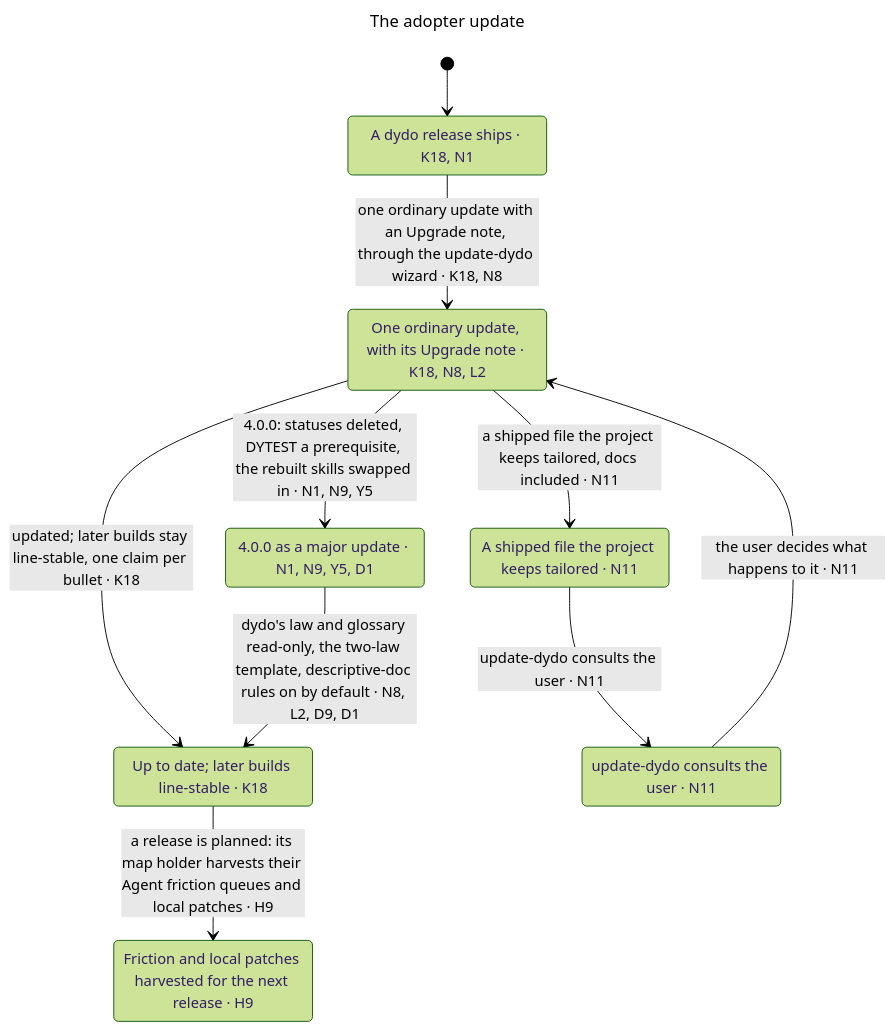
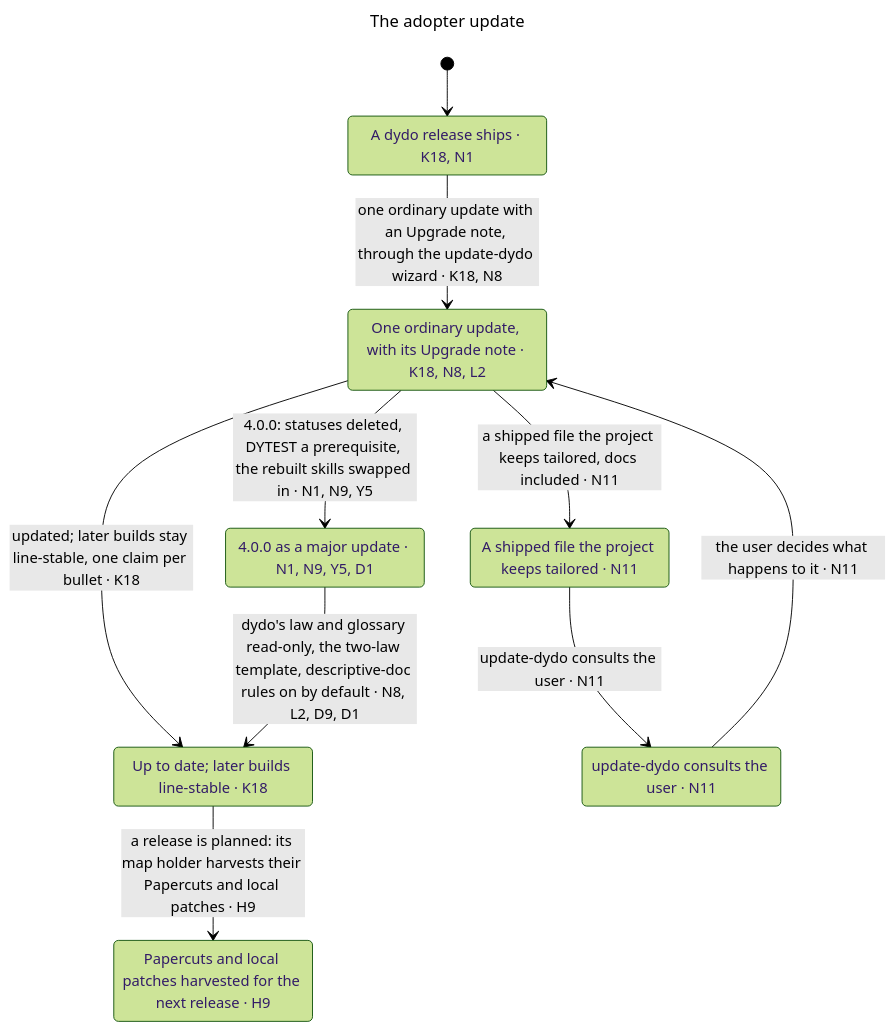
Before and after one commit to BalazsOrg/dydo: the diagram in claims/statechart/adopter/chart.mmd, drawn with Mermaid (forest theme). The commit also changed 12 other files, not shown here.

```diff
--- a/claims/statechart/adopter/chart.mmd
+++ b/claims/statechart/adopter/chart.mmd
@@ -1,20 +1,20 @@
 ---
 title: "The adopter update"
 ---
 stateDiagram-v2
   s0: A dydo release ships #183; K18, N1
   s1: One ordinary update, with its Upgrade note #183; K18, N8, L2
   s2: Up to date#59; later builds line-stable #183; K18
   s3: 4.0.0 as a major update #183; N1, N9, Y5, D1
   s4: A shipped file the project keeps tailored #183; N11
   s5: update-dydo consults the user #183; N11
-  s6: Friction and local patches harvested for the next release #183; H9
+  s6: Papercuts and local patches harvested for the next release #183; H9
   [*] --> s0
   s0 --> s1: one ordinary update with an Upgrade note, through the update-dydo wizard #183; K18, N8
   s1 --> s2: updated#59; later builds stay line-stable, one claim per bullet #183; K18
   s1 --> s3: 4.0.0: statuses deleted, DYTEST a prerequisite, the rebuilt skills swapped in #183; N1, N9, Y5
   s1 --> s4: a shipped file the project keeps tailored, docs included #183; N11
-  s2 --> s6: a release is planned: its map holder harvests their Agent friction queues and local patches #183; H9
+  s2 --> s6: a release is planned: its map holder harvests their Papercuts and local patches #183; H9
   s3 --> s2: dydo's law and glossary read-only, the two-law template, descriptive-doc rules on by default #183; N8, L2, D9, D1
   s4 --> s5: update-dydo consults the user #183; N11
   s5 --> s1: the user decides what happens to it #183; N11
```
